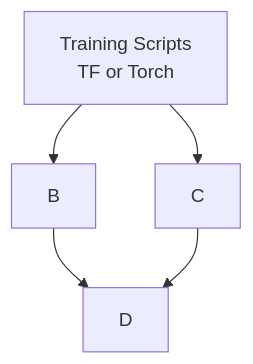
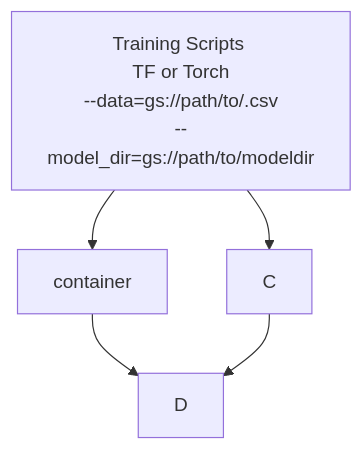
One commit to nuEGil/NotesOnTextTasks changed the diagram in ReadMe.md. Above: the diagram before and after it, drawn with Mermaid.

````diff
--- a/ReadMe.md
+++ b/ReadMe.md
@@ -41,7 +41,7 @@
 ```mermaid
 graph TD;
-    A[Training Scripts <br/>TF or Torch]-->B;
+    A[Training Scripts <br/>TF or Torch<br/>--data=gs://path/to/.csv<br/>--model_dir=gs://path/to/modeldir]-->B[container<br/docker or kubernetes>];
     A-->C;
     B-->D;
     C-->D;
 ```
````
